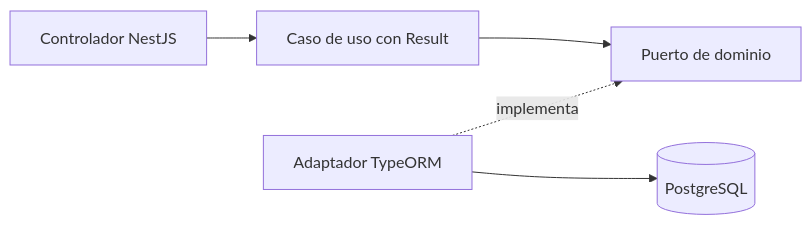
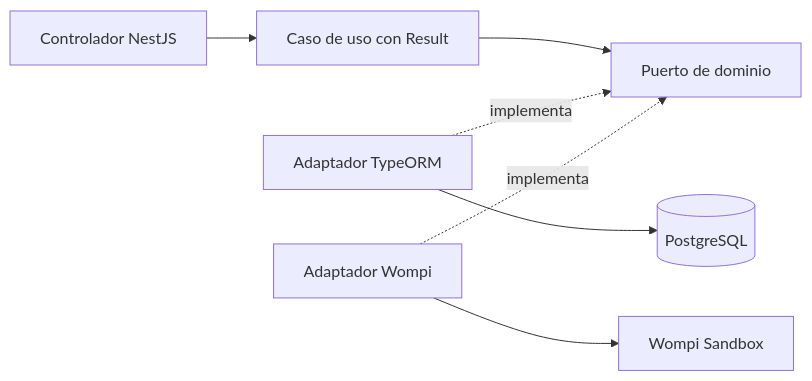
One commit to blush-atelier/blush-atelier-api changed the diagram in README.md. Above: the diagram before and after it, drawn with Mermaid. The commit also changed other lines of this file and 23 other files, not shown here.

````diff
--- a/README.md
+++ b/README.md
@@ -74,7 +74,9 @@
 ```mermaid
 flowchart LR
     HTTP[Controlador NestJS] --> UC[Caso de uso con Result]
     UC --> P[Puerto de dominio]
     A[Adaptador TypeORM] -. implementa .-> P
     A --> DB[(PostgreSQL)]
+    W[Adaptador Wompi] -. implementa .-> P
+    W --> Sandbox[Wompi Sandbox]
 ```
````
